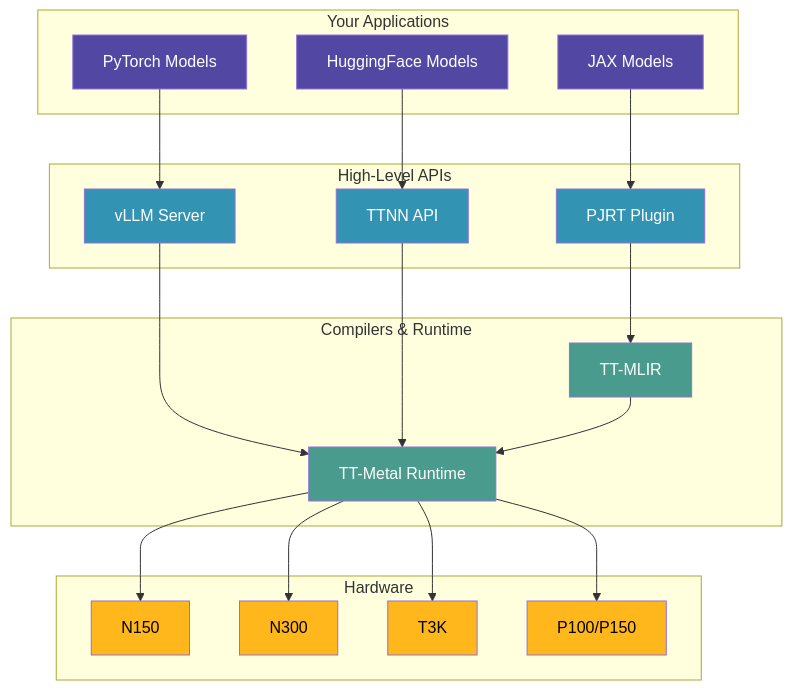
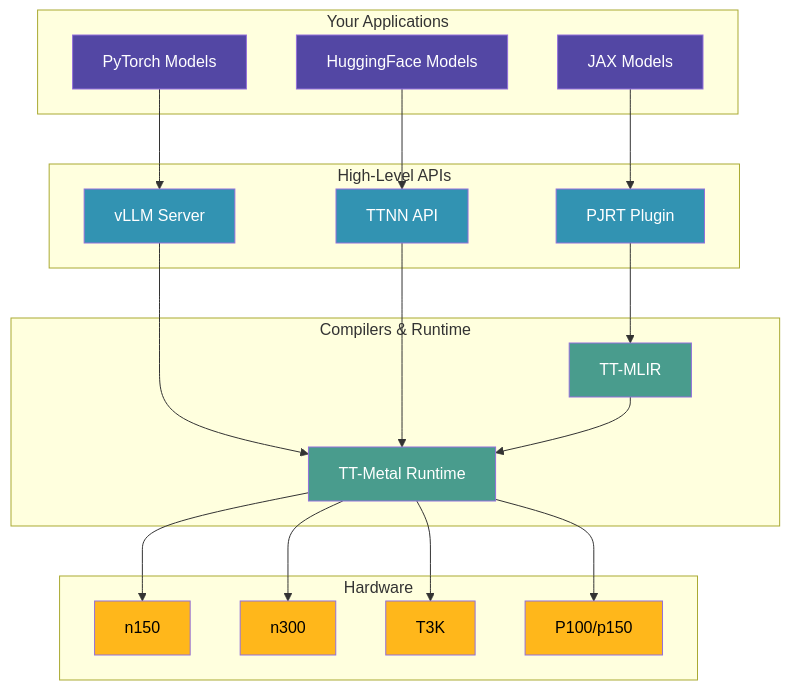
One commit to tenstorrent/tt-vscode-toolkit changed the second of 2 diagrams in content/pages/step-zero.md. Above: the diagram before and after it, drawn with Mermaid. The commit also changed other lines of this file and 99 other files, not shown here.

````diff
--- a/content/pages/step-zero.md
+++ b/content/pages/step-zero.md
@@ -93,53 +93,53 @@
 ```mermaid
 graph TB
     subgraph Applications["Your Applications"]
         JAX[JAX Models]
         PyTorch[PyTorch Models]
         HF[HuggingFace Models]
     end
 
     subgraph HighLevel["High-Level APIs"]
         vLLM[vLLM Server]
         PJRT[PJRT Plugin]
         TTNN[TTNN API]
     end
 
     subgraph Compiler["Compilers & Runtime"]
         TTMLIR[TT-MLIR]
         TTMetal[TT-Metal Runtime]
     end
 
     subgraph Hardware["Hardware"]
-        N150[N150]
-        N300[N300]
+        n150[n150]
+        n300[n300]
         T3K[T3K]
-        P100[P100/P150]
+        P100[P100/p150]
     end
 
     JAX --> PJRT
     PyTorch --> vLLM
     HF --> TTNN
 
     vLLM --> TTMetal
     PJRT --> TTMLIR
     TTNN --> TTMetal
 
     TTMLIR --> TTMetal
-    TTMetal --> N150
-    TTMetal --> N300
+    TTMetal --> n150
+    TTMetal --> n300
     TTMetal --> T3K
     TTMetal --> P100
 
     style JAX fill:#5347a4,color:#fff
     style PyTorch fill:#5347a4,color:#fff
     style HF fill:#5347a4,color:#fff
     style vLLM fill:#3293b2,color:#fff
     style PJRT fill:#3293b2,color:#fff
     style TTNN fill:#3293b2,color:#fff
     style TTMLIR fill:#499c8d,color:#fff
     style TTMetal fill:#499c8d,color:#fff
-    style N150 fill:#ffb71b,color:#000
-    style N300 fill:#ffb71b,color:#000
+    style n150 fill:#ffb71b,color:#000
+    style n300 fill:#ffb71b,color:#000
     style T3K fill:#ffb71b,color:#000
     style P100 fill:#ffb71b,color:#000
 ```
````
